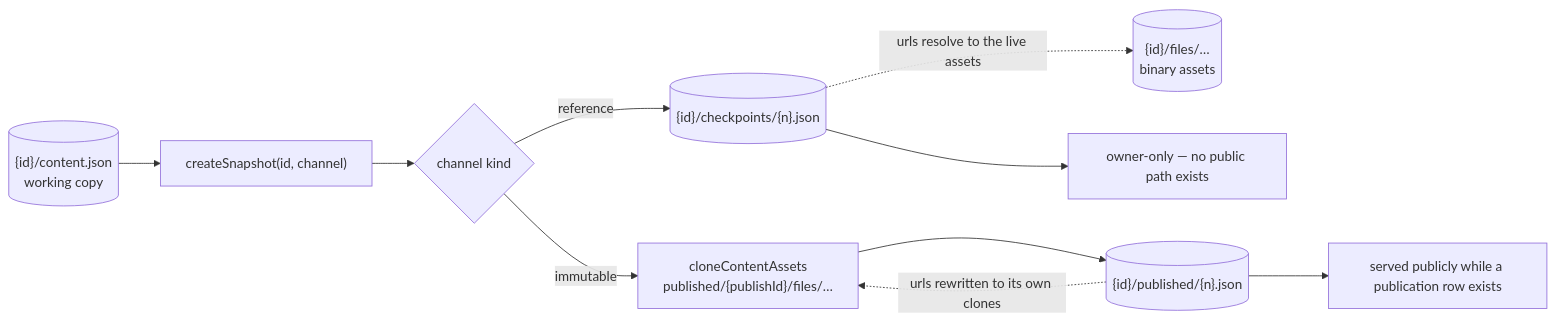
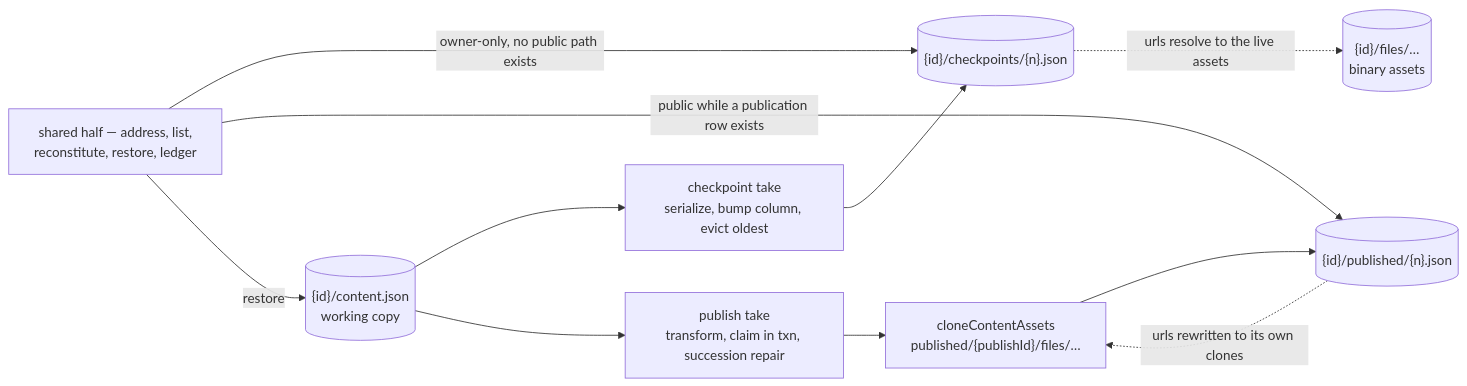
Before and after one commit to Esposter/Esposter: the first of 2 diagrams in packages/app/content/docs/proposals/platform/resource-snapshots.md, drawn with Mermaid. The commit also changed other lines of this file and 1 other file, not shown here.

First line of the commit message:
docs(platform): the snapshot proposal says the same thing at both ends

````diff
--- a/packages/app/content/docs/proposals/platform/resource-snapshots.md
+++ b/packages/app/content/docs/proposals/platform/resource-snapshots.md
@@ -63,18 +80,20 @@
 ```mermaid
 flowchart LR
   WORK[("{id}/content.json<br/>working copy")]
   FILES[("{id}/files/…<br/>binary assets")]
 
-  WORK --> TAKE["createSnapshot(id, channel)"]
-  TAKE --> KIND{"channel kind"}
+  WORK --> TAKECP["checkpoint take<br/>serialize, bump column, evict oldest"]
+  WORK --> TAKEPUB["publish take<br/>transform, claim in txn, succession repair"]
 
-  KIND -->|reference| CP[("{id}/checkpoints/{n}.json")]
-  KIND -->|immutable| CLONE["cloneContentAssets<br/>published/{publishId}/files/…"]
+  TAKECP --> CP[("{id}/checkpoints/{n}.json")]
+  TAKEPUB --> CLONE["cloneContentAssets<br/>published/{publishId}/files/…"]
   CLONE --> PUB[("{id}/published/{n}.json")]
 
   CP -.->|"urls resolve to the live assets"| FILES
   PUB -.->|"urls rewritten to its own clones"| CLONE
 
-  CP --> OWNER["owner-only — no public path exists"]
-  PUB --> PUBLIC["served publicly while a publication row exists"]
+  SHARED["shared half — address, list,<br/>reconstitute, restore, ledger"]
+  SHARED -->|"owner-only, no public path exists"| CP
+  SHARED -->|"public while a publication row exists"| PUB
+  SHARED -->|restore| WORK
 ```
````
